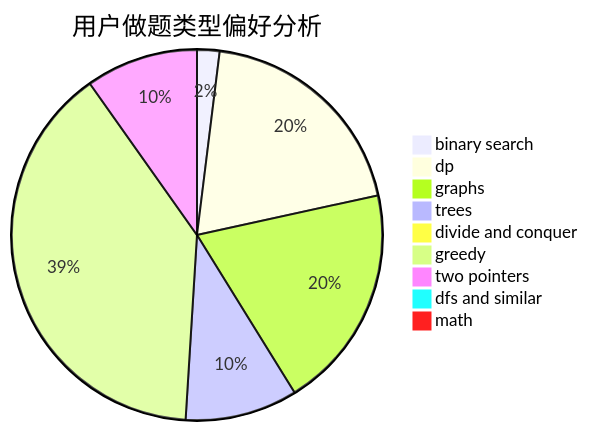
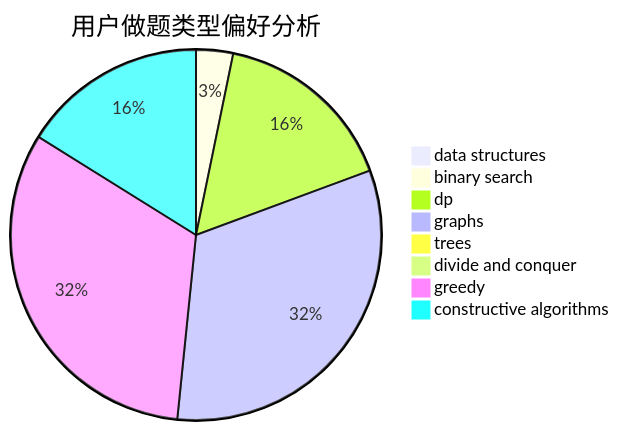
One commit to sherpahu/cfrs.github.io changed the second of 3 diagrams in docs/user/u1516.md. Above: the diagram before and after it, drawn with Mermaid. The commit also changed other lines of this file and 2775 other files, not shown here.

````diff
--- a/docs/user/u1516.md
+++ b/docs/user/u1516.md
@@ -23,12 +23,11 @@
 ```mermaid
 pie title 用户做题类型偏好分析
+    "data structures" :  0
     "binary search" :  1
-    "dp" :  10
+    "dp" :  5
     "graphs" :  10
-    "trees" :  5
+    "trees" :  0
     "divide and conquer" :  0
-    "greedy" :  20
-    "two pointers" :  5
-    "dfs and similar" :  0
-    "math" :  0
+    "greedy" :  10
+    "constructive algorithms" :  5
 ```
````
